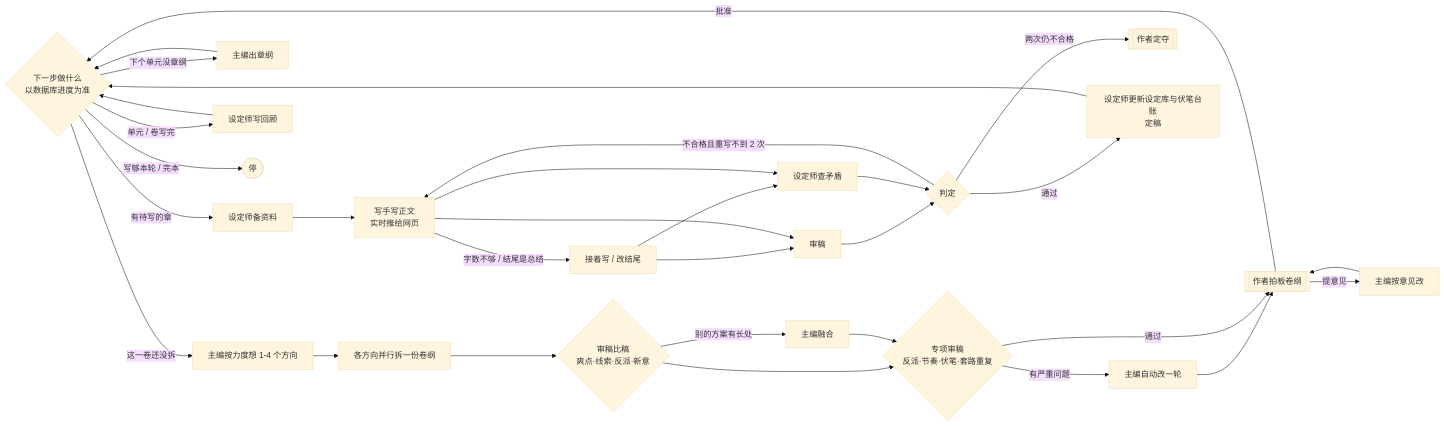
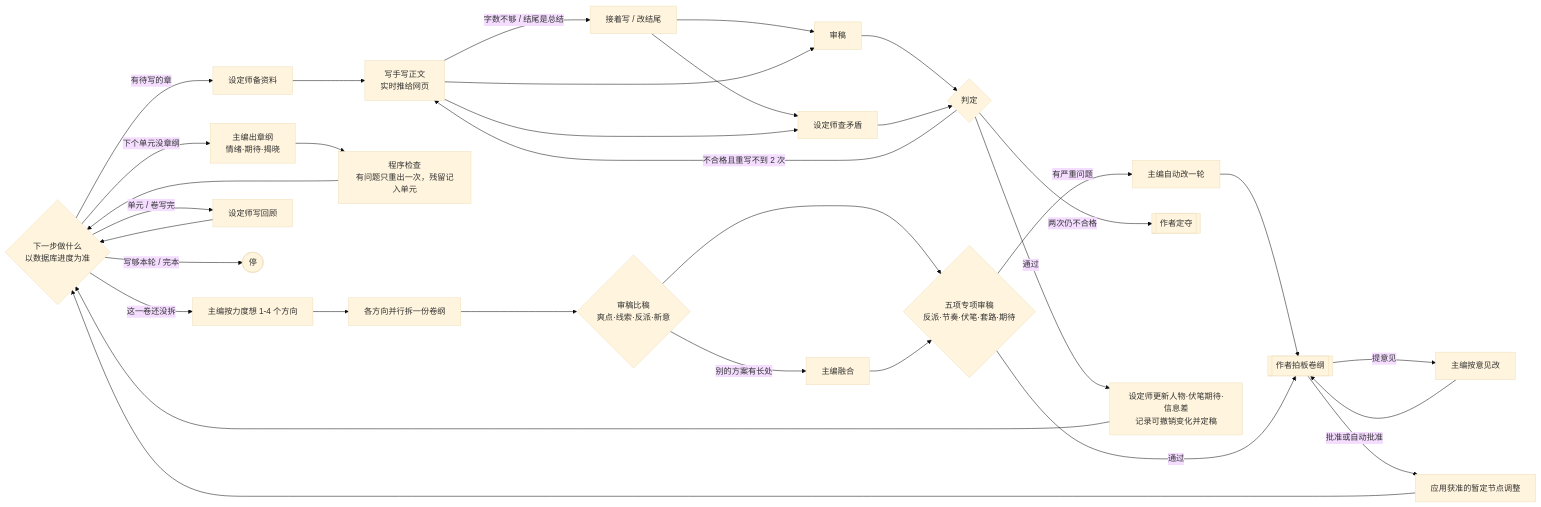
The second of 3 diagrams in README.md (lxbtkfbj/zhibi), drawn with Mermaid (base theme) before and after one commit. The commit also changed other lines of this file and 50 other files, not shown here.

````diff
--- a/README.md
+++ b/README.md
@@ -70,33 +72,35 @@
 ```mermaid
 flowchart LR
     N{下一步做什么<br/>以数据库进度为准} -->|这一卷还没拆| P[主编按力度想 1-4 个方向]
     P --> P1[各方向并行拆一份卷纲]
     P1 --> B{审稿比稿<br/>爽点·线索·反派·新意}
     B -- 别的方案有长处 --> M[主编融合]
     B --> A
-    M --> A{专项审稿<br/>反派·节奏·伏笔·套路重复}
+    M --> A{五项专项审稿<br/>反派·节奏·伏笔·套路·期待}
     A -- 有严重问题 --> AR[主编自动改一轮]
     AR --> G1
     A -- 通过 --> G1[[作者拍板卷纲]]
     G1 -- 提意见 --> GR[主编按意见改]
     GR --> G1
-    G1 -- 批准 --> N
-    N -->|下个单元没章纲| C[主编出章纲]
-    C --> N
+    G1 -- 批准或自动批准 --> NU[应用获准的暂定节点调整]
+    NU --> N
+    N -->|下个单元没章纲| C[主编出章纲<br/>情绪·期待·揭晓]
+    C --> CP[程序检查<br/>有问题只重出一次，残留记入单元]
+    CP --> N
     N -->|有待写的章| L[设定师备资料]
     L --> W[写手写正文<br/>实时推给网页]
     W -- 字数不够 / 结尾是总结 --> PL[接着写 / 改结尾]
     PL --> R
     PL --> K
     W --> R[审稿]
     W --> K[设定师查矛盾]
     R --> J{判定}
     K --> J
     J -- 不合格且重写不到 2 次 --> W
     J -- 两次仍不合格 --> G2[[作者定夺]]
-    J -- 通过 --> F[设定师更新设定库与伏笔台账<br/>定稿]
+    J -- 通过 --> F[设定师更新人物·伏笔期待·信息差<br/>记录可撤销变化并定稿]
     F --> N
     N -->|单元 / 卷写完| RC[设定师写回顾]
     RC --> N
     N -->|写够本轮 / 完本| X([停])
 ```
````
